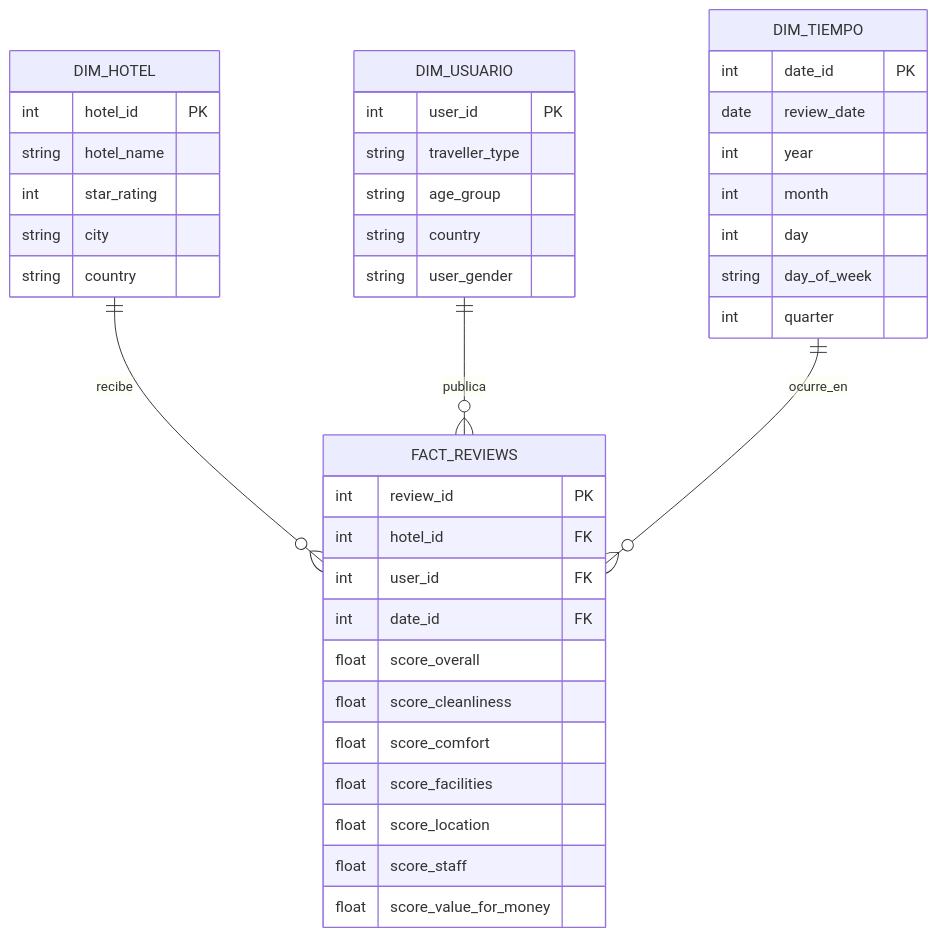
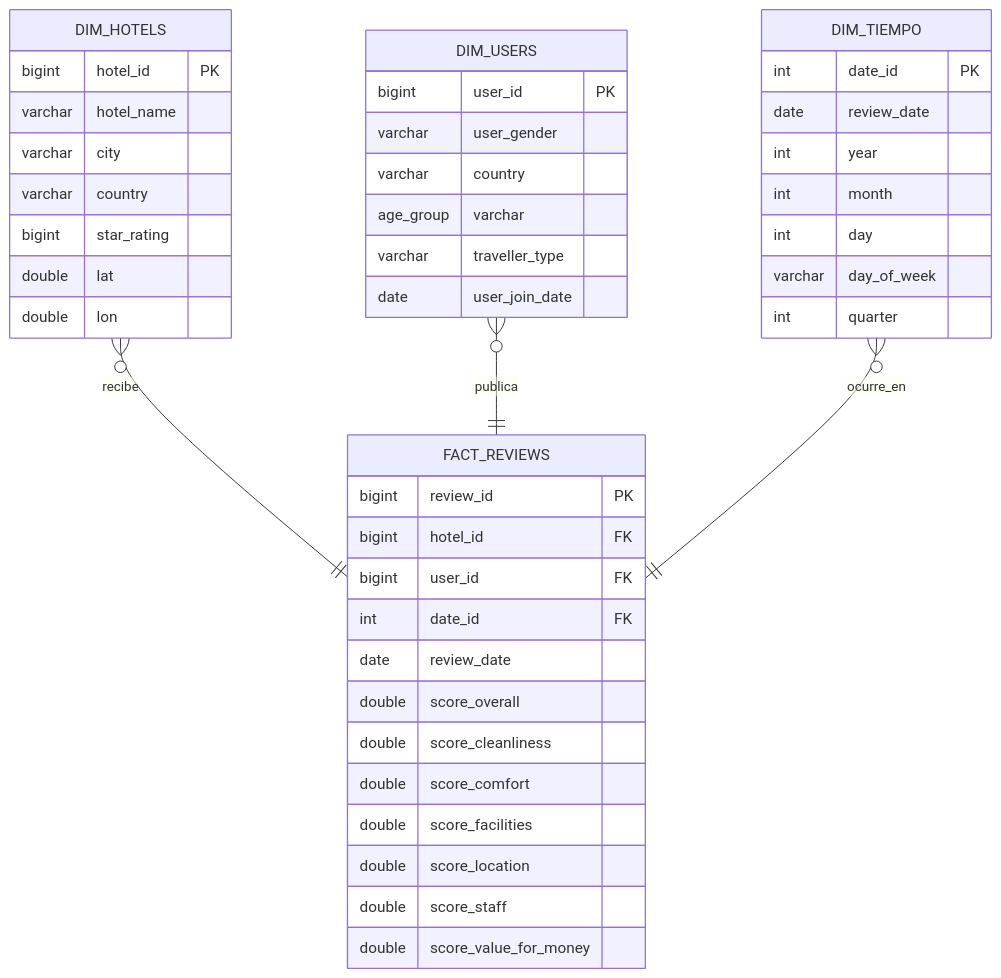
One commit to DosiDeveloper/international-hotel-booking-analytics changed the diagram in README.md. Above: the diagram before and after it, drawn with Mermaid. The commit also changed other lines of this file, not shown here.

Commit message:
se actualiza readme

````diff
--- a/README.md
+++ b/README.md
@@ -117,38 +120,42 @@
 ```mermaid
 erDiagram
-FACT_REVIEWS {int review_id PK
-int hotel_id FK
-int user_id FK
-int date_id FK
-float score_overall
-float score_cleanliness
-float score_comfort
-float score_facilities
-float score_location
-float score_staff
-float score_value_for_money}
+    FACT_REVIEWS {bigint review_id PK
+                  bigint hotel_id FK
+                  bigint user_id FK
+                  int date_id FK
+                  date review_date
+                  double score_overall
+                  double score_cleanliness
+                  double score_comfort
+                  double score_facilities
+                  double score_location
+                  double score_staff
+                  double score_value_for_money}
 
-DIM_HOTEL {int hotel_id PK
-string hotel_name
-int star_rating
-string city
-string country}
+    DIM_HOTELS {bigint hotel_id PK
+                varchar hotel_name
+                varchar city
+                varchar country
+                bigint star_rating
+                double lat
+                double lon}
 
-DIM_USUARIO {int user_id PK
-string traveller_type
-string age_group
-string country
-string user_gender}
+DIM_USERS {bigint user_id PK
+           varchar user_gender
+           varchar country
+           age_group varchar
+           varchar traveller_type
+           date user_join_date}
 
-DIM_TIEMPO {int date_id PK
-date review_date
-int year
-int month
-int day
-string day_of_week
-int quarter}
+    DIM_TIEMPO {int date_id PK
+                date review_date
+                int year
+                int month
+                int day
+                varchar day_of_week
+                int quarter}
 
-DIM_HOTEL ||--o{ FACT_REVIEWS : "recibe"
-DIM_USUARIO ||--o{ FACT_REVIEWS : "publica"
-DIM_TIEMPO ||--o{ FACT_REVIEWS : "ocurre_en"
+    DIM_HOTELS }o--|| FACT_REVIEWS : "recibe"
+    DIM_USERS }o--|| FACT_REVIEWS : "publica"
+    DIM_TIEMPO }o--|| FACT_REVIEWS : "ocurre_en"
 ```
````
